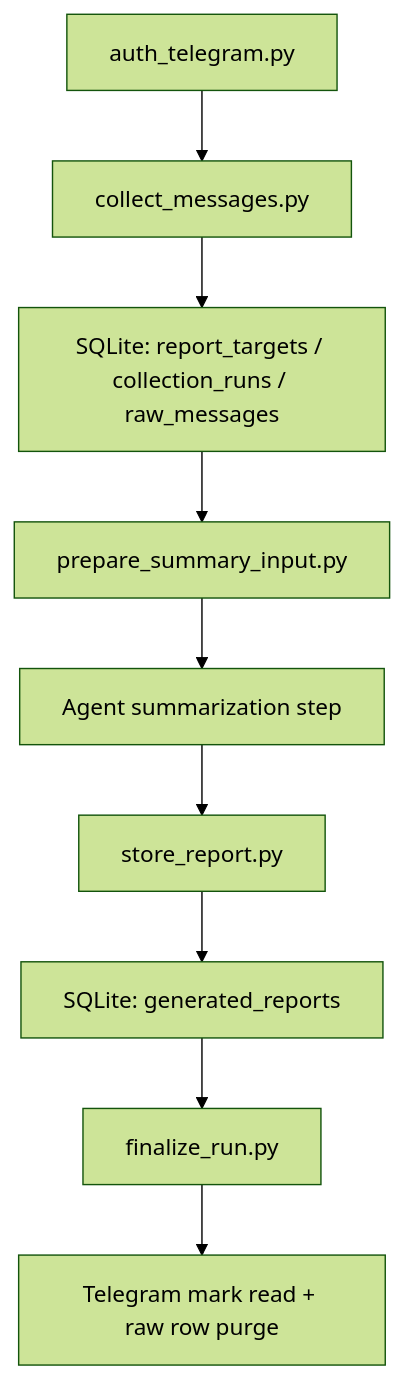
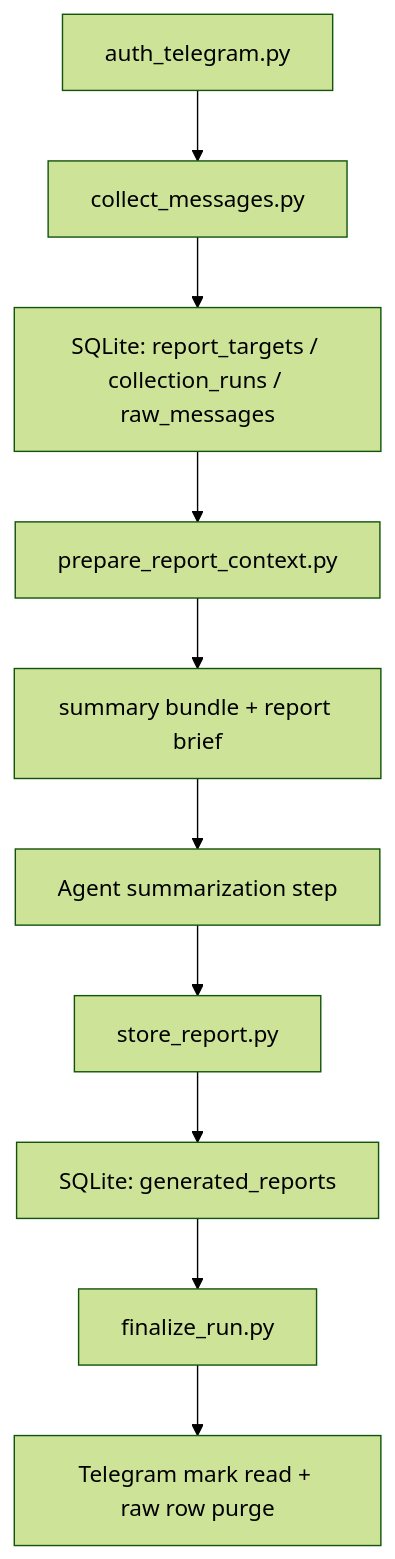
One commit to alexdeveloper909/SummarizeTelegramGroup changed the diagram in docs/architecture.md. Above: the diagram before and after it, drawn with Mermaid (forest theme). The commit also changed other lines of this file and 14 other files, not shown here.

Commit message:
feat: add report context and report prompt generation flow

````diff
--- a/docs/architecture.md
+++ b/docs/architecture.md
@@ -5,11 +5,12 @@
 ```mermaid
 flowchart TD
     A["auth_telegram.py"] --> B["collect_messages.py"]
     B --> C["SQLite: report_targets / collection_runs / raw_messages"]
-    C --> D["prepare_summary_input.py"]
-    D --> E["Agent summarization step"]
-    E --> F["store_report.py"]
-    F --> G["SQLite: generated_reports"]
-    G --> H["finalize_run.py"]
-    H --> I["Telegram mark read + raw row purge"]
+    C --> D["prepare_report_context.py"]
+    D --> E["summary bundle + report brief"]
+    E --> F["Agent summarization step"]
+    F --> G["store_report.py"]
+    G --> H["SQLite: generated_reports"]
+    H --> I["finalize_run.py"]
+    I --> J["Telegram mark read + raw row purge"]
 ```
````
